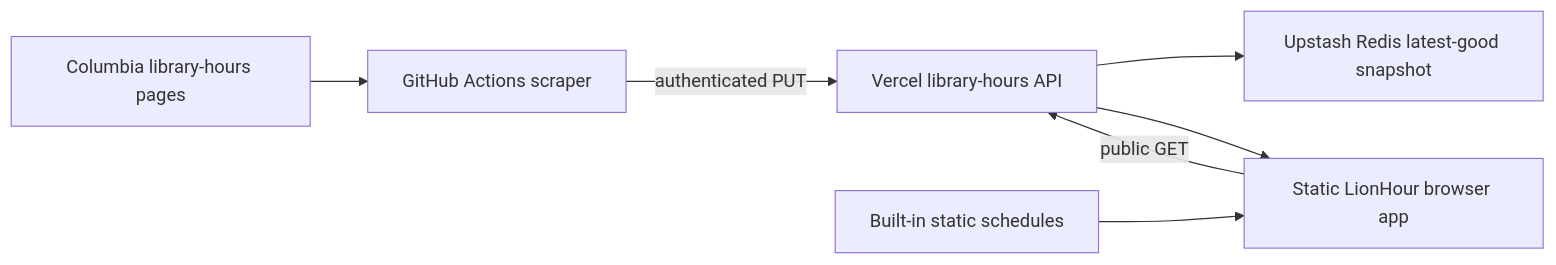
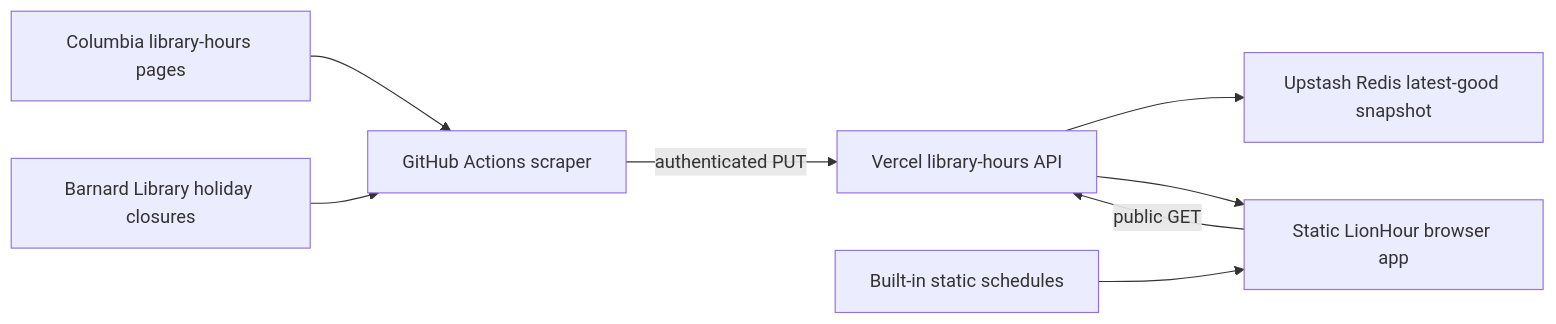
One commit to raymondwangnorcal-pixel/LionTime changed the diagram in docs/superpowers/specs/2026-08-20-hybrid-library-hours-design.md. Above: the diagram before and after it, drawn with Mermaid. The commit also changed other lines of this file and 36 other files, not shown here.

````diff
--- a/docs/superpowers/specs/2026-08-20-hybrid-library-hours-design.md
+++ b/docs/superpowers/specs/2026-08-20-hybrid-library-hours-design.md
@@ -40,9 +44,10 @@
 ```mermaid
 flowchart LR
   C["Columbia library-hours pages"] --> S["GitHub Actions scraper"]
+  H["Barnard Library holiday closures"] --> S
   S -->|"authenticated PUT"| A["Vercel library-hours API"]
   A --> R["Upstash Redis latest-good snapshot"]
   B["Static LionHour browser app"] -->|"public GET"| A
   A --> B
   F["Built-in static schedules"] --> B
 ```
````
